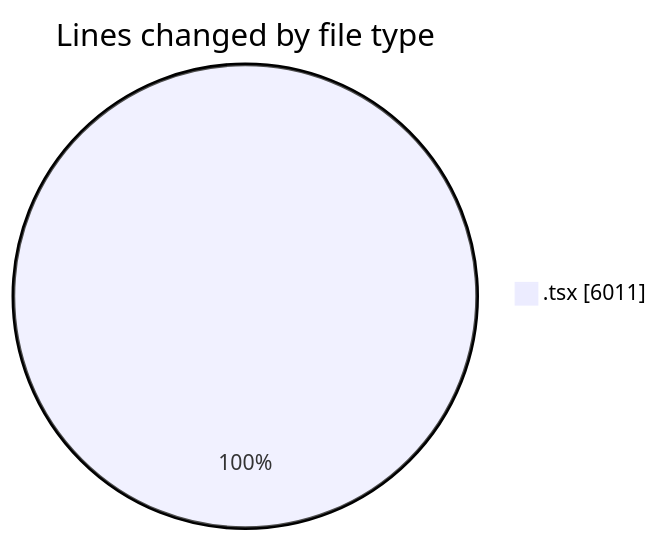
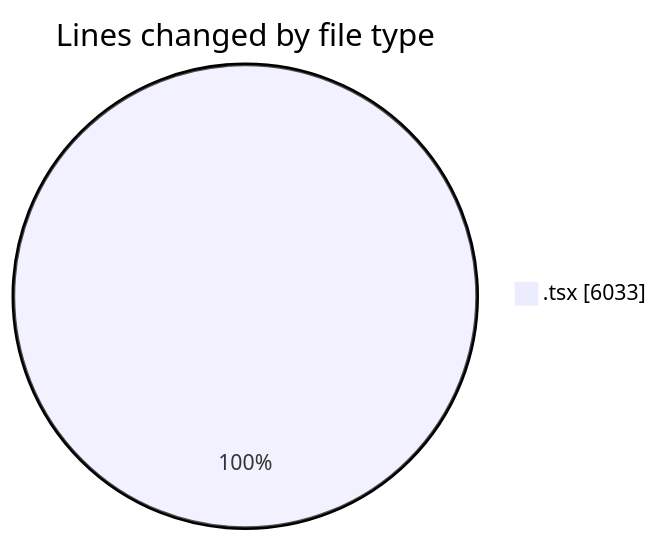
The first of 2 diagrams in 2025-12-04/cda/README.md (momahboobian/code-tracking), drawn with Mermaid before and after one commit. The commit also changed other lines of this file and 1 other file, not shown here.

````diff
--- a/2025-12-04/cda/README.md
+++ b/2025-12-04/cda/README.md
@@ -22,5 +22,5 @@
 ```mermaid
 pie showData
 title Lines changed by file type
-".tsx" : 6011
+".tsx" : 6033
 ```
````
